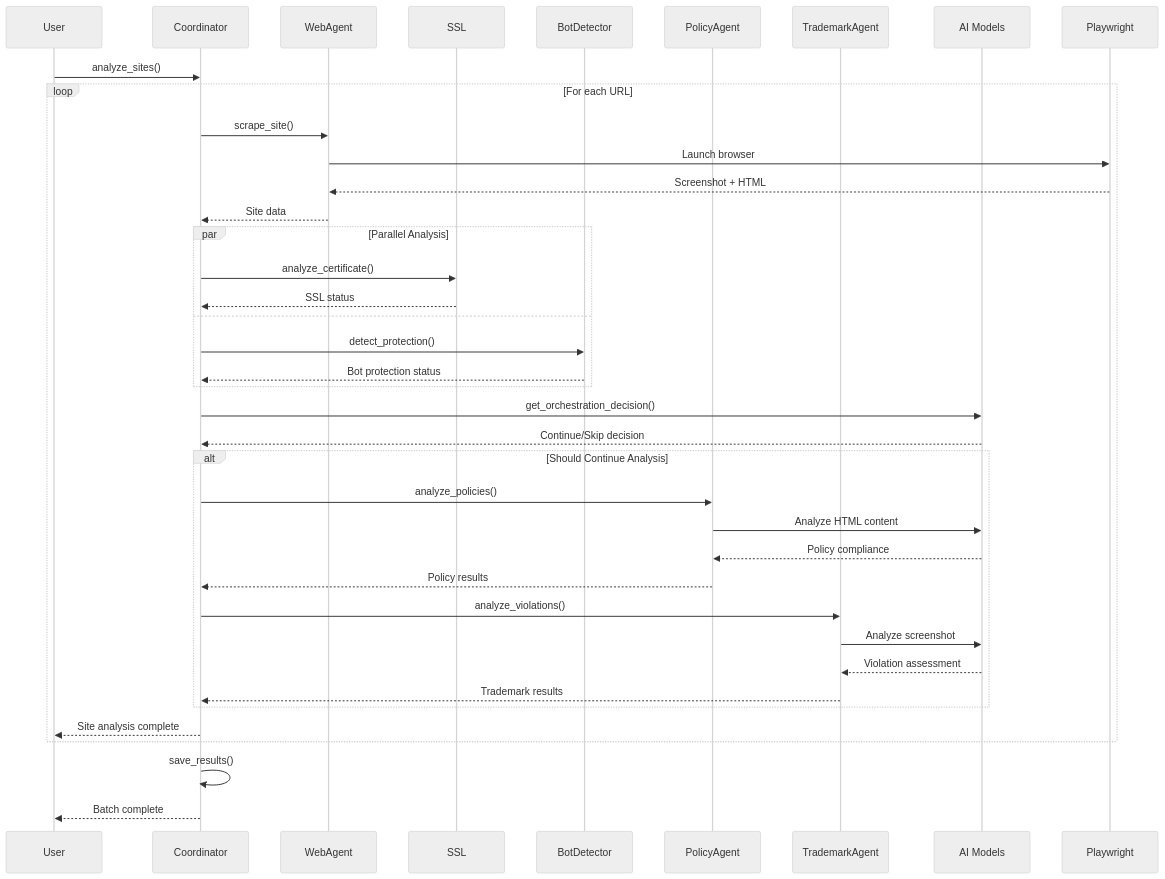
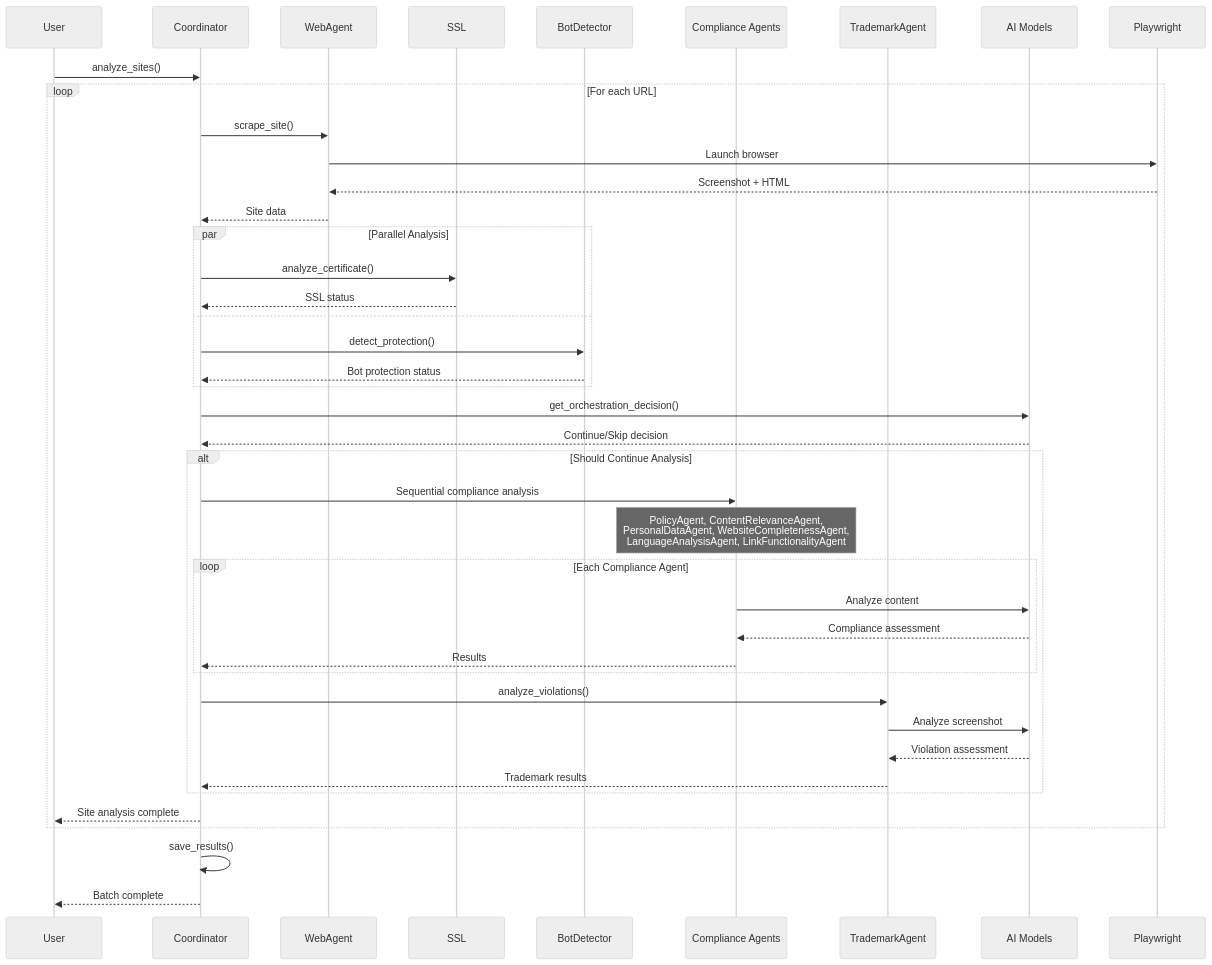
Before and after one commit to garrywilliams/site-analyser: the second of 3 diagrams in README.md, drawn with Mermaid (neutral theme). The commit also changed other lines of this file and 10 other files, not shown here.

````diff
--- a/README.md
+++ b/README.md
@@ -62,48 +80,52 @@
 ```mermaid
 sequenceDiagram
     participant User
     participant Coordinator
     participant WebAgent
     participant SSL
     participant BotDetector
-    participant PolicyAgent
+    participant ComplianceAgents as Compliance Agents
     participant TrademarkAgent
     participant AI as AI Models
 
     User->>Coordinator: analyze_sites()
     
     loop For each URL
         Coordinator->>WebAgent: scrape_site()
         WebAgent->>Playwright: Launch browser
         Playwright-->>WebAgent: Screenshot + HTML
         WebAgent-->>Coordinator: Site data
         
         par Parallel Analysis
             Coordinator->>SSL: analyze_certificate()
             SSL-->>Coordinator: SSL status
         and
             Coordinator->>BotDetector: detect_protection()
             BotDetector-->>Coordinator: Bot protection status
         end
         
         Coordinator->>AI: get_orchestration_decision()
         AI-->>Coordinator: Continue/Skip decision
         
         alt Should Continue Analysis
-            Coordinator->>PolicyAgent: analyze_policies()
-            PolicyAgent->>AI: Analyze HTML content
-            AI-->>PolicyAgent: Policy compliance
-            PolicyAgent-->>Coordinator: Policy results
+            Coordinator->>ComplianceAgents: Sequential compliance analysis
+            Note over ComplianceAgents: PolicyAgent, ContentRelevanceAgent,<br/>PersonalDataAgent, WebsiteCompletenessAgent,<br/>LanguageAnalysisAgent, LinkFunctionalityAgent
+            
+            loop Each Compliance Agent
+                ComplianceAgents->>AI: Analyze content
+                AI-->>ComplianceAgents: Compliance assessment
+                ComplianceAgents-->>Coordinator: Results
+            end
             
             Coordinator->>TrademarkAgent: analyze_violations()
             TrademarkAgent->>AI: Analyze screenshot
             AI-->>TrademarkAgent: Violation assessment
             TrademarkAgent-->>Coordinator: Trademark results
         end
         
         Coordinator-->>User: Site analysis complete
     end
     
     Coordinator->>Coordinator: save_results()
     Coordinator-->>User: Batch complete
 ```
````
